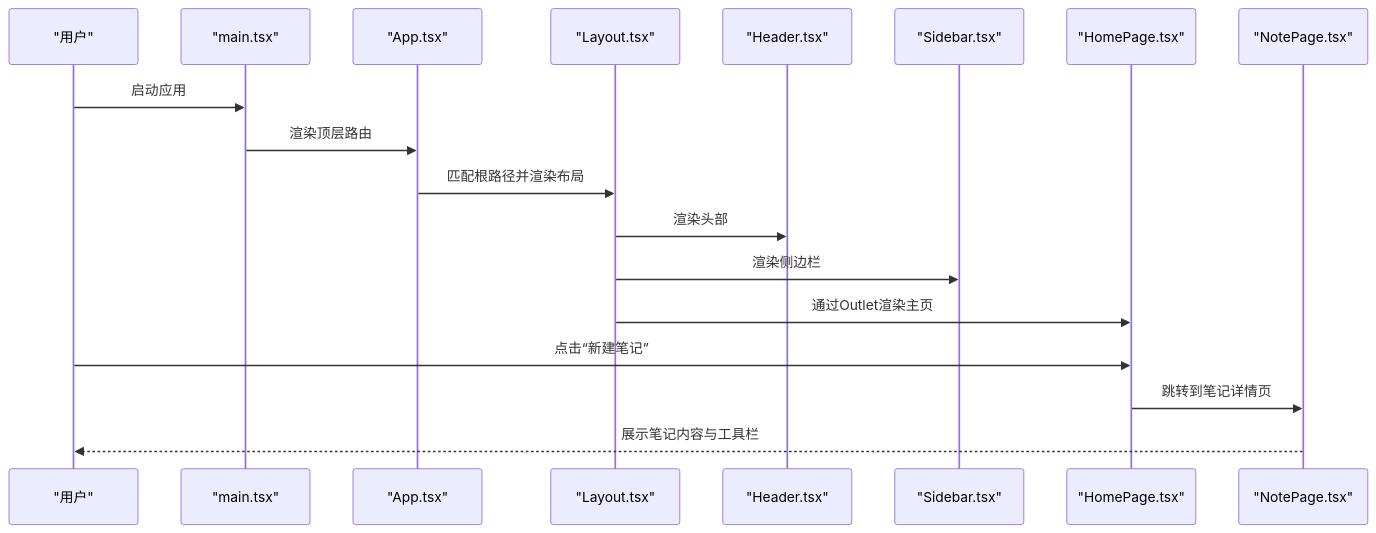
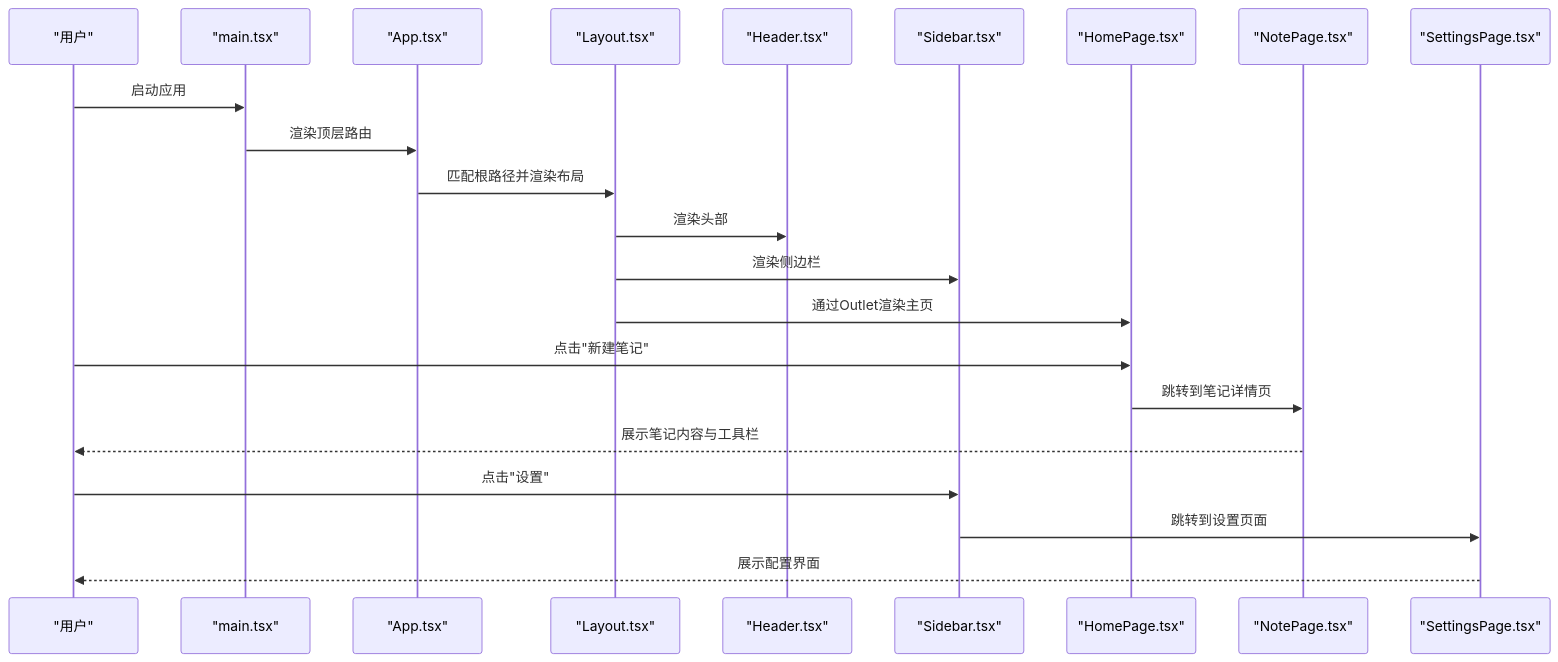
Before and after one commit to acproject/tomato_notebook: the third of 8 diagrams in .qoder/repowiki/zh/content/Web前端应用/页面和路由.md, drawn with Mermaid. The commit also changed other lines of this file and 14 other files, not shown here.

````diff
--- a/.qoder/repowiki/zh/content/Web前端应用/页面和路由.md
+++ b/.qoder/repowiki/zh/content/Web前端应用/页面和路由.md
@@ -133,20 +141,24 @@
 ```mermaid
 sequenceDiagram
 participant U as "用户"
 participant M as "main.tsx"
 participant A as "App.tsx"
 participant L as "Layout.tsx"
 participant H as "Header.tsx"
 participant S as "Sidebar.tsx"
 participant HP as "HomePage.tsx"
 participant NP as "NotePage.tsx"
+participant SP as "SettingsPage.tsx"
 U->>M : 启动应用
 M->>A : 渲染顶层路由
 A->>L : 匹配根路径并渲染布局
 L->>H : 渲染头部
 L->>S : 渲染侧边栏
 L->>HP : 通过Outlet渲染主页
-U->>HP : 点击“新建笔记”
+U->>HP : 点击"新建笔记"
 HP->>NP : 跳转到笔记详情页
 NP-->>U : 展示笔记内容与工具栏
+U->>S : 点击"设置"
+S->>SP : 跳转到设置页面
+SP-->>U : 展示配置界面
 ```
````
